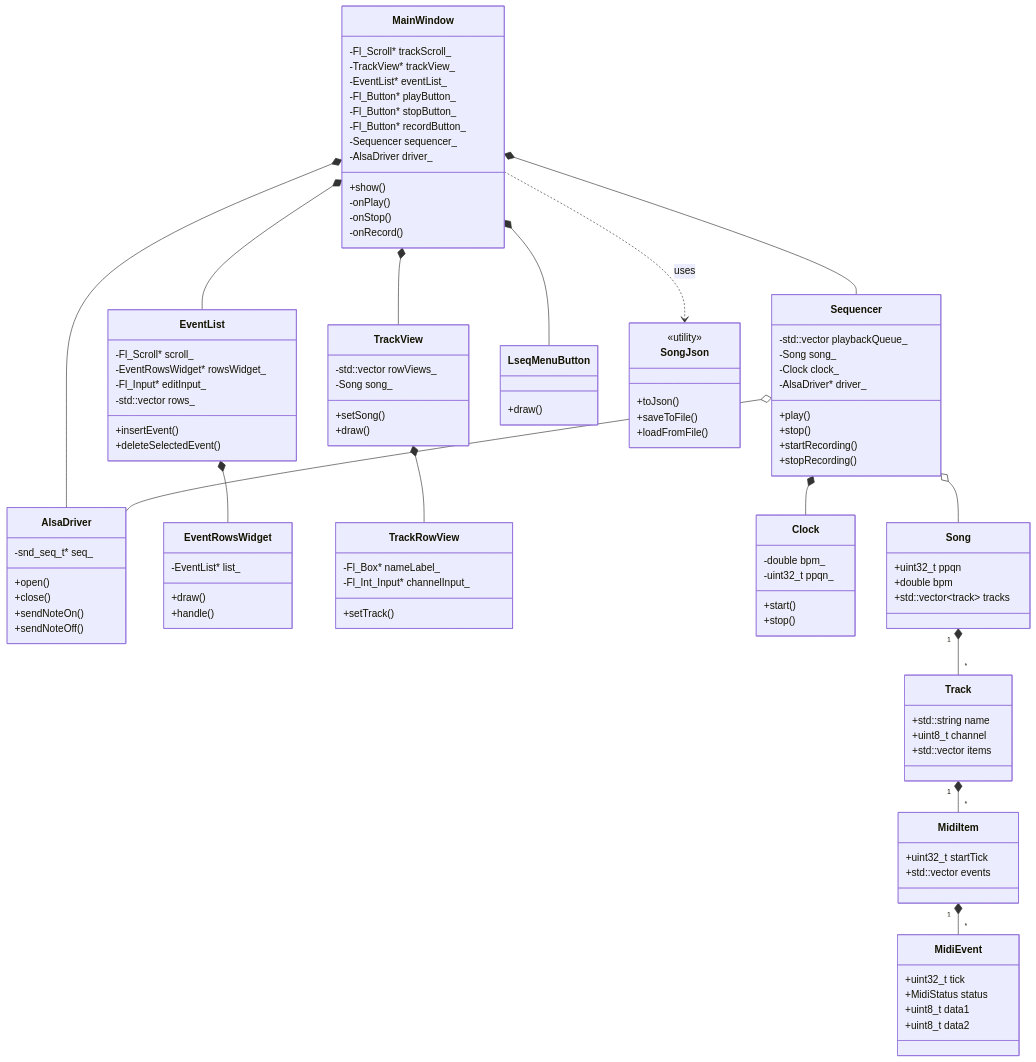
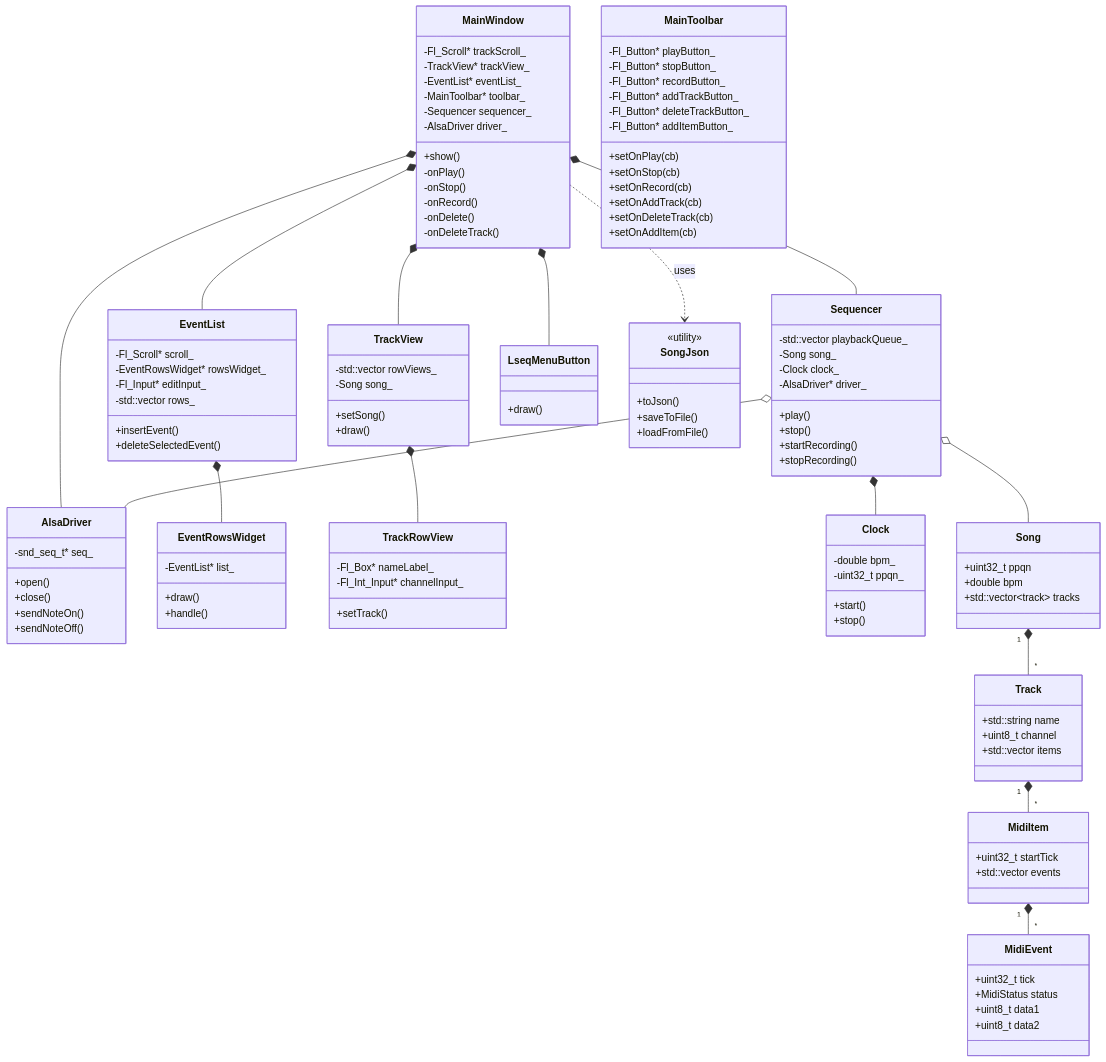
One commit to jaufderheide/LinearSeq changed the diagram in docs/class_diagram.mermaid. Above: the diagram before and after it, drawn with Mermaid. The commit also changed 8 other files, not shown here.

```diff
--- a/docs/class_diagram.mermaid
+++ b/docs/class_diagram.mermaid
@@ -1,119 +1,134 @@
 classDiagram
     class MainWindow {
         -Fl_Scroll* trackScroll_
         -TrackView* trackView_
         -EventList* eventList_
-        -Fl_Button* playButton_
-        -Fl_Button* stopButton_
-        -Fl_Button* recordButton_
+        -MainToolbar* toolbar_
         -Sequencer sequencer_
         -AlsaDriver driver_
         +show()
         -onPlay()
         -onStop()
         -onRecord()
+        -onDelete()
+        -onDeleteTrack()
     }
-    
+
+    class MainToolbar {
+        -Fl_Button* playButton_
+        -Fl_Button* stopButton_
+        -Fl_Button* recordButton_
+        -Fl_Button* addTrackButton_
+        -Fl_Button* deleteTrackButton_
+        -Fl_Button* addItemButton_
+        +setOnPlay(cb)
+        +setOnStop(cb)
+        +setOnRecord(cb)
+        +setOnAddTrack(cb)
+        +setOnDeleteTrack(cb)
+        +setOnAddItem(cb)
+    }
+
     class Sequencer {
         -std::vector<PlaybackEvent> playbackQueue_
         -Song song_
         -Clock clock_
         -AlsaDriver* driver_
         +play()
         +stop()
         +startRecording()
         +stopRecording()
     }
 
     class AlsaDriver {
         -snd_seq_t* seq_
         +open()
         +close()
         +sendNoteOn()
         +sendNoteOff()
     }
 
     class EventList {
         -Fl_Scroll* scroll_
         -EventRowsWidget* rowsWidget_
         -Fl_Input* editInput_
         -std::vector<EventRow> rows_
         +insertEvent()
         +deleteSelectedEvent()
     }
 
     class EventRowsWidget {
         -EventList* list_
         +draw()
         +handle()
     }
 
     class TrackView {
         -std::vector<TrackRowView*> rowViews_
         -Song song_
         +setSong()
         +draw()
     }
 
     class TrackRowView {
         -Fl_Box* nameLabel_
         -Fl_Int_Input* channelInput_
         +setTrack()
     }
     
     class Clock {
         -double bpm_
         -uint32_t ppqn_
         +start()
         +stop()
     }
 
     class Song {
         +uint32_t ppqn
         +double bpm
         +std::vector<Track> tracks
     }
     
     class Track {
         +std::string name
         +uint8_t channel
         +std::vector<MidiItem> items
     }
     
     class MidiItem {
         +uint32_t startTick
         +std::vector<MidiEvent> events
     }
     
     class MidiEvent {
         +uint32_t tick
         +MidiStatus status
         +uint8_t data1
         +uint8_t data2
     }
 
     class LseqMenuButton {
         +draw()
     }
 
     class SongJson {
         <<utility>>
         +toJson()
         +saveToFile()
         +loadFromFile()
     }
 
     MainWindow *-- Sequencer
     MainWindow *-- AlsaDriver
     MainWindow *-- TrackView
     MainWindow *-- EventList
     MainWindow *-- LseqMenuButton
     MainWindow ..> SongJson : uses
     Sequencer o-- AlsaDriver
     Sequencer *-- Clock
     Sequencer o-- Song
     TrackView *-- TrackRowView
     EventList *-- EventRowsWidget
     Song "1" *-- "*" Track
     Track "1" *-- "*" MidiItem
     MidiItem "1" *-- "*" MidiEvent
```
